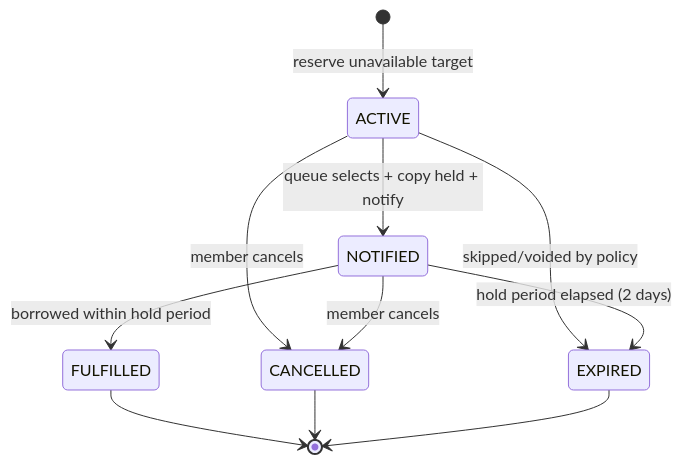
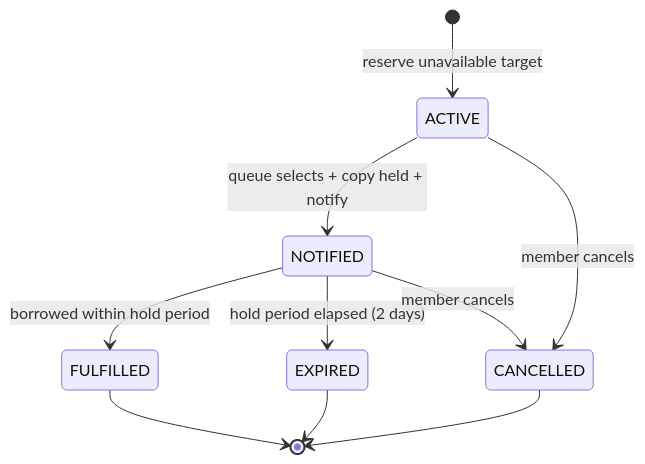
Before and after one commit to SWP391-LibraryManagement/LibraryManagement: the diagram in .sdd/specs/feat-reservation-management/SPEC.md, drawn with Mermaid. The commit also changed other lines of this file and 68 other files, not shown here.

````diff
--- a/.sdd/specs/feat-reservation-management/SPEC.md
+++ b/.sdd/specs/feat-reservation-management/SPEC.md
@@ -274,13 +282,12 @@
 ```mermaid
 stateDiagram-v2
     [*] --> ACTIVE: reserve unavailable target
     ACTIVE --> NOTIFIED: queue selects + copy held + notify
     ACTIVE --> CANCELLED: member cancels
-    ACTIVE --> EXPIRED: skipped/voided by policy
     NOTIFIED --> FULFILLED: borrowed within hold period
     NOTIFIED --> EXPIRED: hold period elapsed (2 days)
     NOTIFIED --> CANCELLED: member cancels
     FULFILLED --> [*]
     CANCELLED --> [*]
     EXPIRED --> [*]
 ```
````
